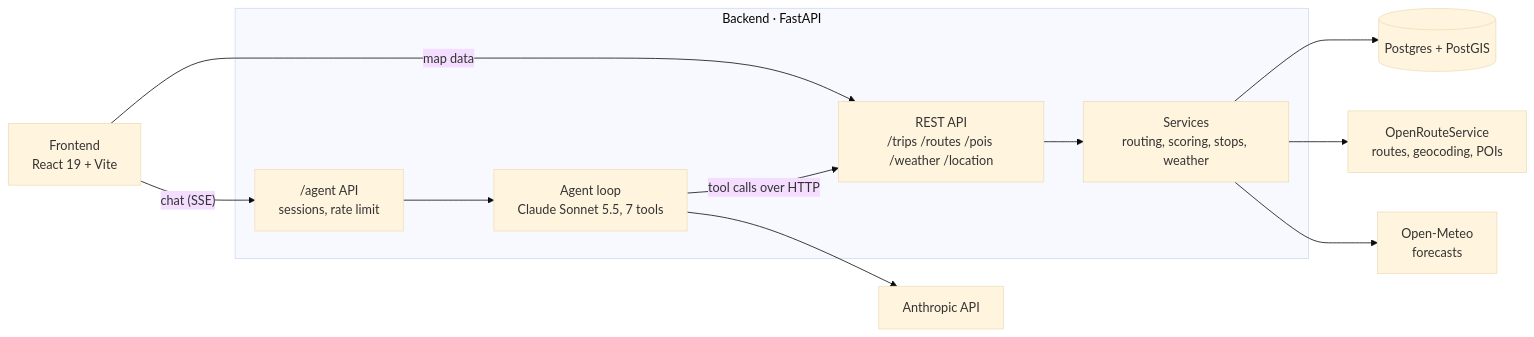
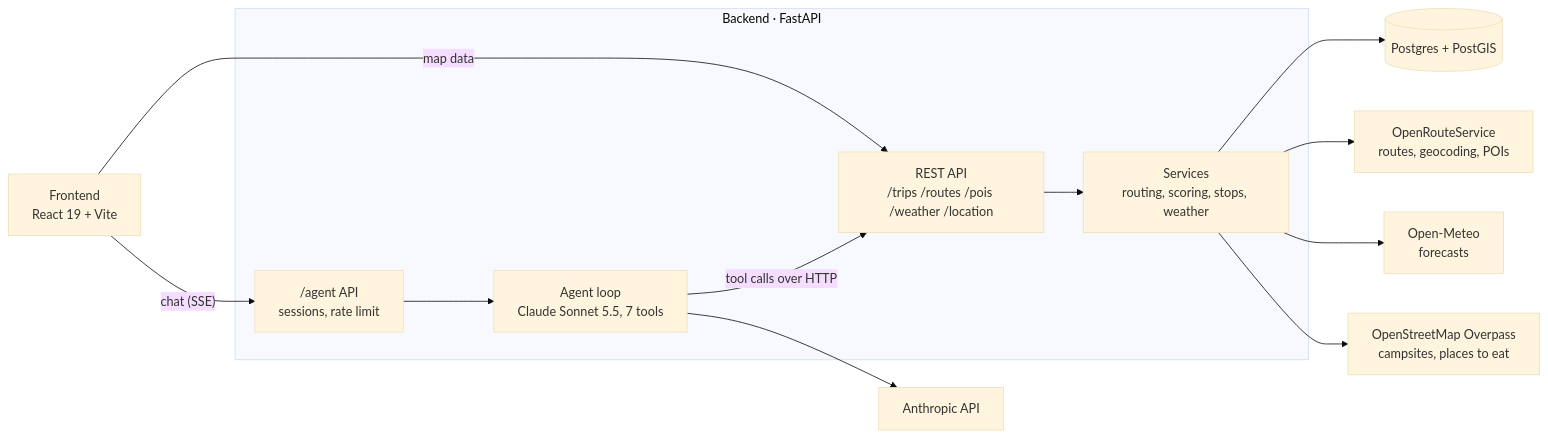
The diagram in README.md (alanshilu/waypoint), drawn with Mermaid (base theme) before and after one commit. The commit also changed other lines of this file and 10 other files, not shown here.

First line of the commit message:
Map: campsites and places to eat, with the agent's picks

````diff
--- a/README.md
+++ b/README.md
@@ -62,14 +70,15 @@
 ```mermaid
 flowchart LR
     FE["Frontend<br/>React 19 + Vite"] -- "chat (SSE)" --> AGAPI["/agent API<br/>sessions, rate limit"]
     FE -- "map data" --> REST
     subgraph Backend [Backend · FastAPI]
         AGAPI --> LOOP["Agent loop<br/>Claude Sonnet 5.5, 7 tools"]
         LOOP -- "tool calls over HTTP" --> REST["REST API<br/>/trips /routes /pois /weather /location"]
         REST --> SVC["Services<br/>routing, scoring, stops, weather"]
     end
     LOOP --> ANT["Anthropic API"]
     SVC --> DB[("Postgres + PostGIS")]
     SVC --> ORS["OpenRouteService<br/>routes, geocoding, POIs"]
     SVC --> OM["Open-Meteo<br/>forecasts"]
+    SVC --> OSM["OpenStreetMap Overpass<br/>campsites, places to eat"]
 ```
````
